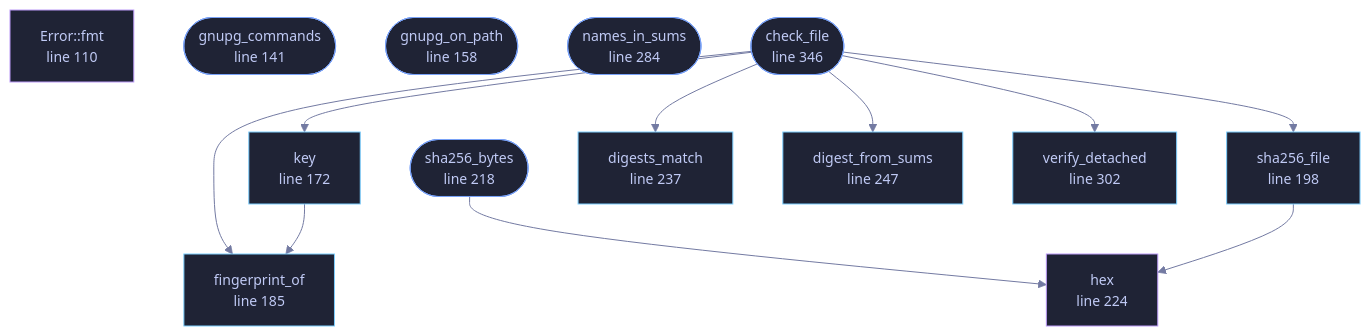
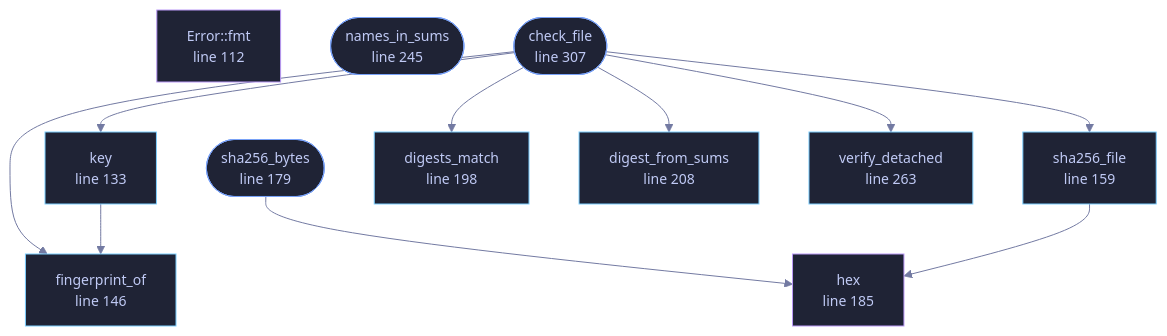
The diagram in docs/files/veilvoice-check/lib.md (tilas01/veilvoice), drawn with Mermaid before and after one commit. The commit also changed other lines of this file and 108 other files, not shown here.

````diff
--- a/docs/files/veilvoice-check/lib.md
+++ b/docs/files/veilvoice-check/lib.md
@@ -114,45 +112,41 @@
 ```mermaid
 %%{init: {"theme":"base","themeVariables":{"background":"#1a1b26","primaryColor":"#1f2335","primaryTextColor":"#c0caf5","primaryBorderColor":"#7aa2f7","secondaryColor":"#16161e","tertiaryColor":"#16161e","lineColor":"#737aa2","textColor":"#c0caf5","mainBkg":"#1f2335","nodeBorder":"#7aa2f7","clusterBkg":"#16161e","clusterBorder":"#2f3549","fontFamily":"ui-monospace, SFMono-Regular, Consolas, monospace","fontSize":"14px"}}}%%
 flowchart TD
-    n_fmt["Error::fmt<br/>line 110"]
-    n_gnupg_commands(["gnupg_commands<br/>line 141"])
-    n_gnupg_on_path(["gnupg_on_path<br/>line 158"])
-    n_key["key<br/>line 172"]
-    n_fingerprint_of["fingerprint_of<br/>line 185"]
-    n_sha256_file["sha256_file<br/>line 198"]
-    n_sha256_bytes(["sha256_bytes<br/>line 218"])
-    n_hex["hex<br/>line 224"]
-    n_digests_match["digests_match<br/>line 237"]
-    n_digest_from_sums["digest_from_sums<br/>line 247"]
-    n_names_in_sums(["names_in_sums<br/>line 284"])
-    n_verify_detached["verify_detached<br/>line 302"]
-    n_check_file(["check_file<br/>line 346"])
+    n_fmt["Error::fmt<br/>line 112"]
+    n_key["key<br/>line 133"]
+    n_fingerprint_of["fingerprint_of<br/>line 146"]
+    n_sha256_file["sha256_file<br/>line 159"]
+    n_sha256_bytes(["sha256_bytes<br/>line 179"])
+    n_hex["hex<br/>line 185"]
+    n_digests_match["digests_match<br/>line 198"]
+    n_digest_from_sums["digest_from_sums<br/>line 208"]
+    n_names_in_sums(["names_in_sums<br/>line 245"])
+    n_verify_detached["verify_detached<br/>line 263"]
+    n_check_file(["check_file<br/>line 307"])
     n_check_file --> n_digest_from_sums
     n_check_file --> n_digests_match
     n_check_file --> n_fingerprint_of
     n_check_file --> n_key
     n_check_file --> n_sha256_file
     n_check_file --> n_verify_detached
     n_key --> n_fingerprint_of
     n_sha256_bytes --> n_hex
     n_sha256_file --> n_hex
-    click n_fmt href "https://github.com/tilas01/veilvoice/blob/main/crates/veilvoice-check/src/lib.rs#L110" "open the source"
-    click n_gnupg_commands href "https://github.com/tilas01/veilvoice/blob/main/crates/veilvoice-check/src/lib.rs#L141" "open the source"
-    click n_gnupg_on_path href "https://github.com/tilas01/veilvoice/blob/main/crates/veilvoice-check/src/lib.rs#L158" "open the source"
-    click n_key href "https://github.com/tilas01/veilvoice/blob/main/crates/veilvoice-check/src/lib.rs#L172" "open the source"
-    click n_fingerprint_of href "https://github.com/tilas01/veilvoice/blob/main/crates/veilvoice-check/src/lib.rs#L185" "open the source"
-    click n_sha256_file href "https://github.com/tilas01/veilvoice/blob/main/crates/veilvoice-check/src/lib.rs#L198" "open the source"
-    click n_sha256_bytes href "https://github.com/tilas01/veilvoice/blob/main/crates/veilvoice-check/src/lib.rs#L218" "open the source"
-    click n_hex href "https://github.com/tilas01/veilvoice/blob/main/crates/veilvoice-check/src/lib.rs#L224" "open the source"
-    click n_digests_match href "https://github.com/tilas01/veilvoice/blob/main/crates/veilvoice-check/src/lib.rs#L237" "open the source"
-    click n_digest_from_sums href "https://github.com/tilas01/veilvoice/blob/main/crates/veilvoice-check/src/lib.rs#L247" "open the source"
-    click n_names_in_sums href "https://github.com/tilas01/veilvoice/blob/main/crates/veilvoice-check/src/lib.rs#L284" "open the source"
-    click n_verify_detached href "https://github.com/tilas01/veilvoice/blob/main/crates/veilvoice-check/src/lib.rs#L302" "open the source"
-    click n_check_file href "https://github.com/tilas01/veilvoice/blob/main/crates/veilvoice-check/src/lib.rs#L346" "open the source"
+    click n_fmt href "https://github.com/tilas01/veilvoice/blob/main/crates/veilvoice-check/src/lib.rs#L112" "open the source"
+    click n_key href "https://github.com/tilas01/veilvoice/blob/main/crates/veilvoice-check/src/lib.rs#L133" "open the source"
+    click n_fingerprint_of href "https://github.com/tilas01/veilvoice/blob/main/crates/veilvoice-check/src/lib.rs#L146" "open the source"
+    click n_sha256_file href "https://github.com/tilas01/veilvoice/blob/main/crates/veilvoice-check/src/lib.rs#L159" "open the source"
+    click n_sha256_bytes href "https://github.com/tilas01/veilvoice/blob/main/crates/veilvoice-check/src/lib.rs#L179" "open the source"
+    click n_hex href "https://github.com/tilas01/veilvoice/blob/main/crates/veilvoice-check/src/lib.rs#L185" "open the source"
+    click n_digests_match href "https://github.com/tilas01/veilvoice/blob/main/crates/veilvoice-check/src/lib.rs#L198" "open the source"
+    click n_digest_from_sums href "https://github.com/tilas01/veilvoice/blob/main/crates/veilvoice-check/src/lib.rs#L208" "open the source"
+    click n_names_in_sums href "https://github.com/tilas01/veilvoice/blob/main/crates/veilvoice-check/src/lib.rs#L245" "open the source"
+    click n_verify_detached href "https://github.com/tilas01/veilvoice/blob/main/crates/veilvoice-check/src/lib.rs#L263" "open the source"
+    click n_check_file href "https://github.com/tilas01/veilvoice/blob/main/crates/veilvoice-check/src/lib.rs#L307" "open the source"
     classDef entry fill:#1f2335,stroke:#7aa2f7,color:#c0caf5
-    class n_gnupg_commands,n_gnupg_on_path,n_sha256_bytes,n_names_in_sums,n_check_file entry
+    class n_sha256_bytes,n_names_in_sums,n_check_file entry
     classDef api fill:#1f2335,stroke:#7dcfff,color:#c0caf5
     class n_key,n_fingerprint_of,n_sha256_file,n_digests_match,n_digest_from_sums,n_verify_detached api
     classDef helper fill:#1f2335,stroke:#bb9af7,color:#c0caf5
     class n_fmt,n_hex helper
 ```
````
